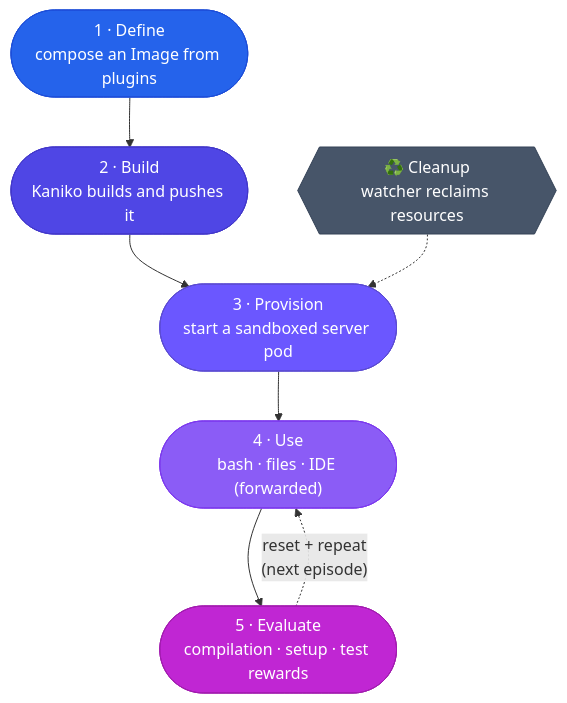
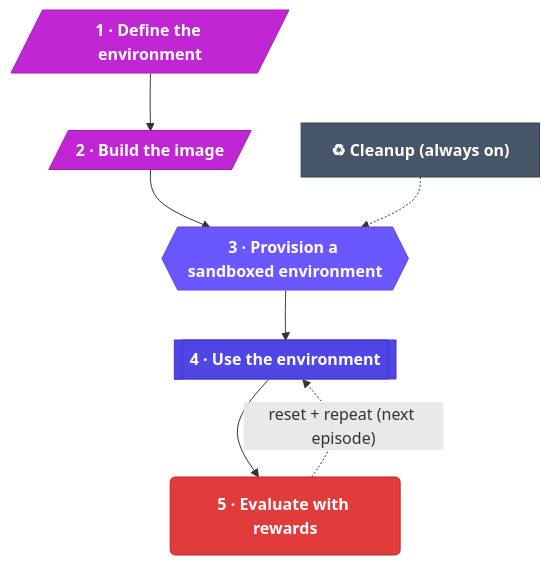
One commit to JetBrains-Research/idegym changed the first of 2 diagrams in website/docs/overview/data-flow.md. Above: the diagram before and after it, drawn with Mermaid. The commit also changed 10 other files, not shown here.

First line of the commit message:
[JBRes-9938] diagrams: unify colors/shapes, bold titles, real tooltips, legend

````diff
--- a/website/docs/overview/data-flow.md
+++ b/website/docs/overview/data-flow.md
@@ -13,27 +13,26 @@
 ```mermaid
 flowchart TB
-    A(["1 · Define<br/>compose an Image from plugins"]):::s1
-    B(["2 · Build<br/>Kaniko builds and pushes it"]):::s2
-    C(["3 · Provision<br/>start a sandboxed server pod"]):::s3
-    D(["4 · Use<br/>bash · files · IDE (forwarded)"]):::s4
-    E(["5 · Evaluate<br/>compilation · setup · test rewards"]):::s5
-    F{{"♻️ Cleanup<br/>watcher reclaims resources"}}:::s6
+    A[/"<b>1 · Define the environment</b>"/]:::build
+    B[/"<b>2 · Build the image</b>"/]:::build
+    C{{"<b>3 · Provision a sandboxed environment</b>"}}:::ctrl
+    D[["<b>4 · Use the environment</b>"]]:::pod
+    E("<b>5 · Evaluate with rewards</b>"):::tool
+    F["<b>♻ Cleanup (always on)</b>"]:::infra
 
     A --> B --> C --> D --> E
-    E -.->|"reset + repeat<br/>(next episode)"| D
+    E -.->|"reset + repeat (next episode)"| D
     F -.-> C
 
-    click A "/idegym/architecture/plugins" "Define an environment with plugins"
-    click B "/idegym/architecture/image-builder" "How images are built"
-    click C "/idegym/architecture/orchestrator" "How servers are provisioned"
-    click D "/idegym/architecture/server" "What runs inside the pod"
-    click E "/idegym/architecture/rewards-tools" "Rewards and tools"
-    click F "/idegym/architecture/watcher" "The watcher"
+    click A "/idegym/architecture/plugins" "See how an environment is defined by composing plugins."
+    click B "/idegym/architecture/image-builder" "See how images are built and pushed in-cluster."
+    click C "/idegym/architecture/orchestrator" "See how the orchestrator provisions server pods."
+    click D "/idegym/architecture/server" "See what runs inside a pod and how requests reach it."
+    click E "/idegym/architecture/rewards-tools" "See the reward signals used to score a run."
+    click F "/idegym/architecture/watcher" "See how the watcher reclaims resources automatically."
 
-    classDef s1 fill:#2563eb,stroke:#1d4ed8,color:#fff;
-    classDef s2 fill:#4f46e5,stroke:#4338ca,color:#fff;
-    classDef s3 fill:#6b57ff,stroke:#5b4bd2,color:#fff;
-    classDef s4 fill:#8b5cf6,stroke:#7c3aed,color:#fff;
-    classDef s5 fill:#c026d3,stroke:#a21caf,color:#fff;
-    classDef s6 fill:#475569,stroke:#334155,color:#fff;
+    classDef build fill:#c026d3,stroke:#a21caf,color:#fff;
+    classDef ctrl fill:#6b57ff,stroke:#5b4bd2,color:#fff;
+    classDef pod fill:#4f46e5,stroke:#4338ca,color:#fff;
+    classDef tool fill:#e23b3b,stroke:#c02626,color:#fff;
+    classDef infra fill:#475569,stroke:#334155,color:#fff;
 ```
````
